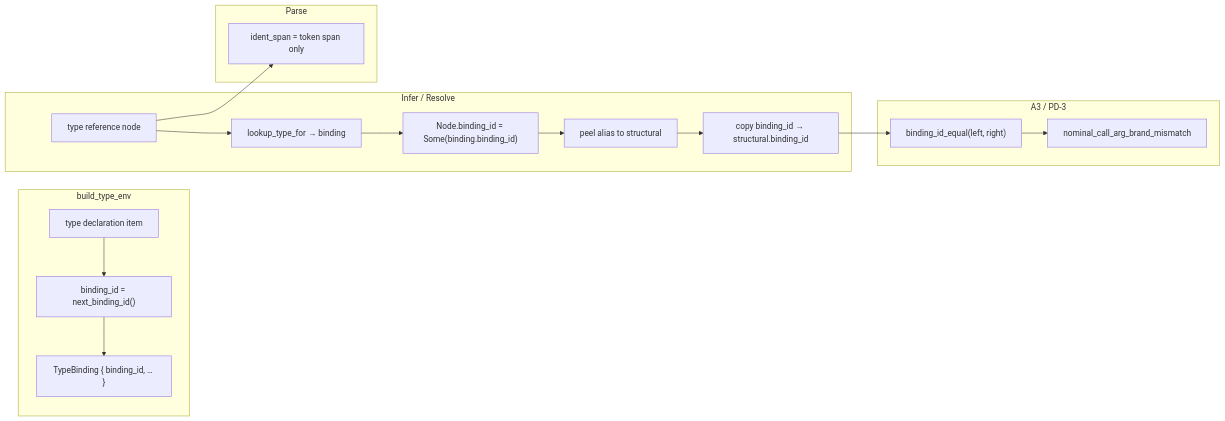
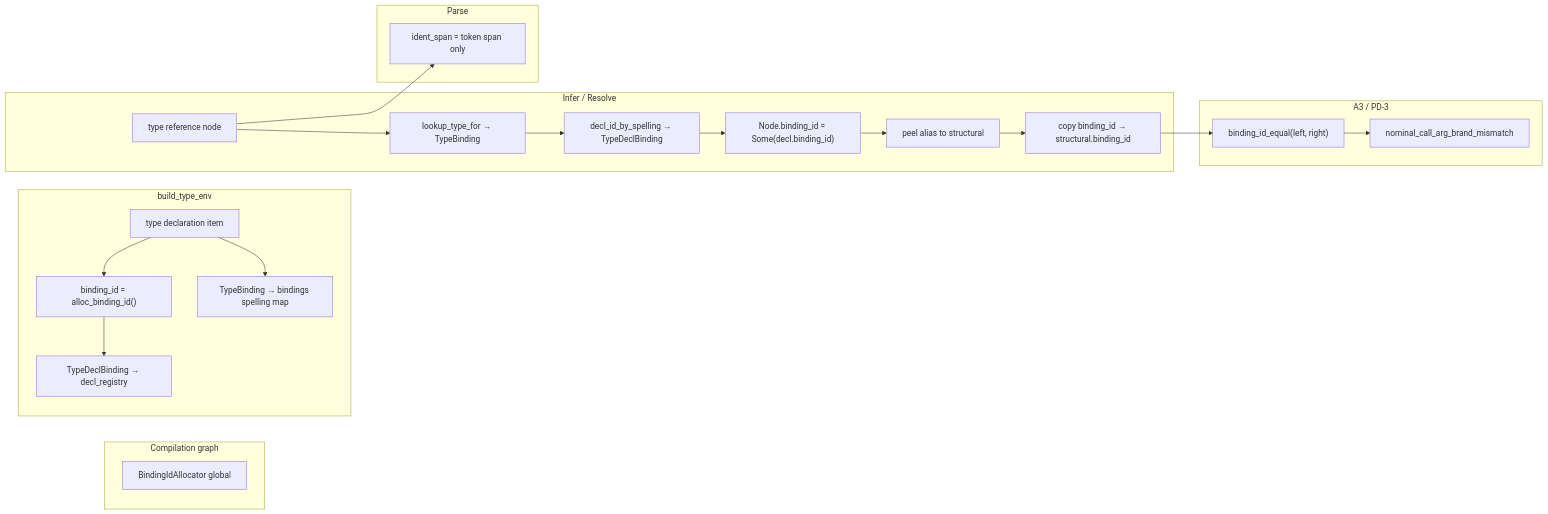
One commit to gunb-ai/gunbc changed the diagram in docs/planning/brand-identity-side-channel-a3-pd3-design-2026-06-09.md. Above: the diagram before and after it, drawn with Mermaid. The commit also changed other lines of this file, not shown here.

````diff
--- a/docs/planning/brand-identity-side-channel-a3-pd3-design-2026-06-09.md
+++ b/docs/planning/brand-identity-side-channel-a3-pd3-design-2026-06-09.md
@@ -172,23 +229,29 @@
 ```mermaid
 flowchart LR
+  subgraph graph [Compilation graph]
+    ALLOC[BindingIdAllocator global]
+  end
+
   subgraph env_bind [build_type_env]
-    DECL[type declaration item] --> ASSIGN["binding_id = next_binding_id()"]
-    ASSIGN --> TB["TypeBinding { binding_id, … }"]
+    DECL[type declaration item] --> ASSIGN["binding_id = alloc_binding_id()"]
+    ASSIGN --> TDB["TypeDeclBinding → decl_registry"]
+    DECL --> TB["TypeBinding → bindings spelling map"]
   end
 
   subgraph infer_resolve [Infer / Resolve]
-    REF[type reference node] --> LOOKUP[lookup_type_for → binding]
-    LOOKUP --> STAMP["Node.binding_id = Some(binding.binding_id)"]
+    REF[type reference node] --> LOOKUP[lookup_type_for → TypeBinding]
+    LOOKUP --> REG[decl_id_by_spelling → TypeDeclBinding]
+    REG --> STAMP["Node.binding_id = Some(decl.binding_id)"]
     STAMP --> PEEL[peel alias to structural]
     PEEL --> PRESERVE["copy binding_id → structural.binding_id"]
   end
 
   subgraph parse [Parse]
     REF --> SPAN["ident_span = token span only"]
   end
 
   subgraph compare [A3 / PD-3]
     PRESERVE --> CMP["binding_id_equal(left, right)"]
     CMP --> REJECT["nominal_call_arg_brand_mismatch"]
   end
 ```
````
